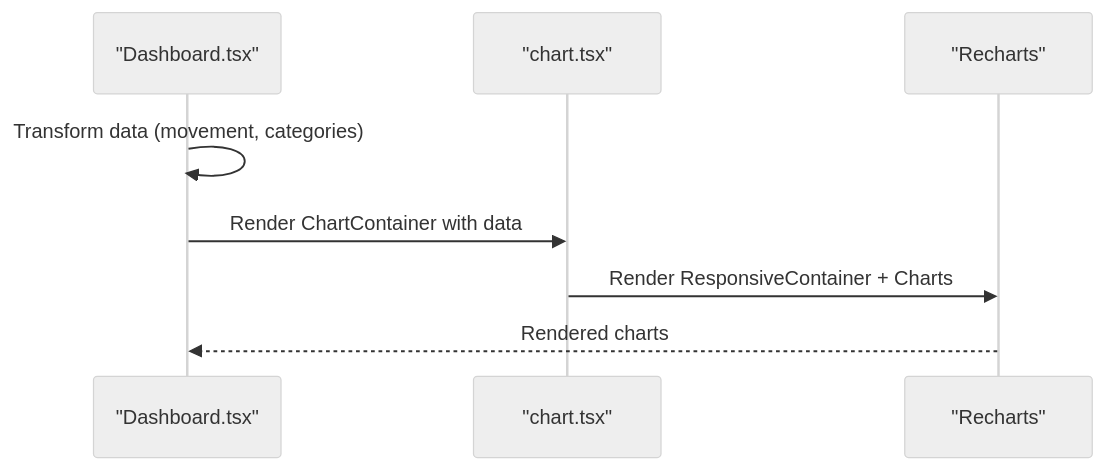
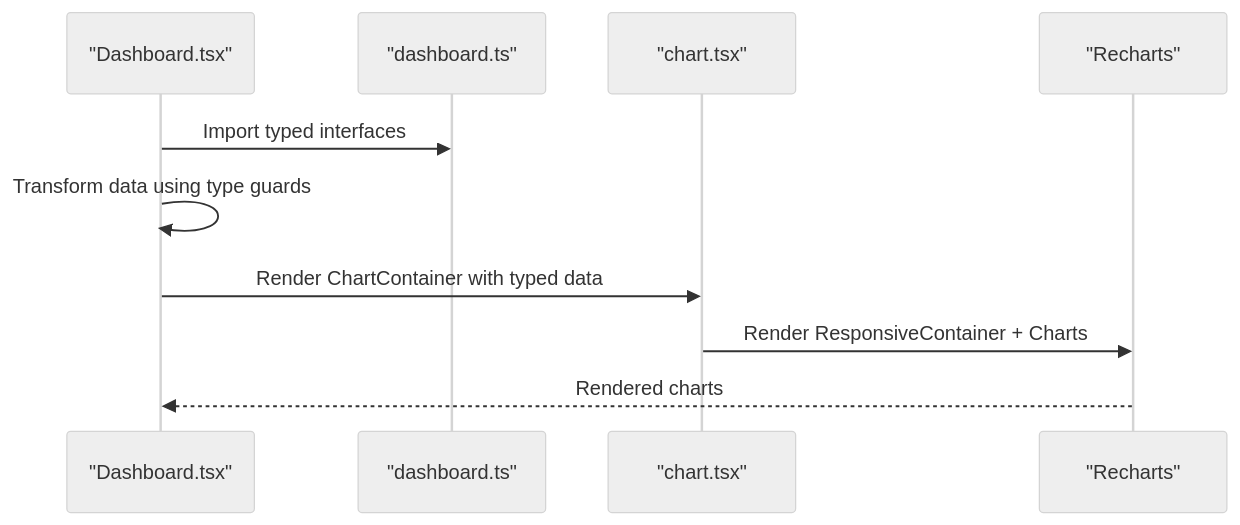
One commit to haidarqawama/PPA-klinik-amc changed the seventh of 8 diagrams in .qoder/repowiki/en/content/Frontend Architecture/Component System & Organization/Component System & Organization.md. Above: the diagram before and after it, drawn with Mermaid (neutral theme). The commit also changed other lines of this file and 58 other files, not shown here.

````diff
--- a/.qoder/repowiki/en/content/Frontend Architecture/Component System & Organization/Component System & Organization.md
+++ b/.qoder/repowiki/en/content/Frontend Architecture/Component System & Organization/Component System & Organization.md
@@ -462,10 +647,12 @@
 ```mermaid
 sequenceDiagram
 participant Dash as "Dashboard.tsx"
+participant Types as "dashboard.ts"
 participant Chart as "chart.tsx"
 participant Recharts as "Recharts"
-Dash->>Dash : Transform data (movement, categories)
-Dash->>Chart : Render ChartContainer with data
+Dash->>Types : Import typed interfaces
+Dash->>Dash : Transform data using type guards
+Dash->>Chart : Render ChartContainer with typed data
 Chart->>Recharts : Render ResponsiveContainer + Charts
 Recharts-->>Dash : Rendered charts
 ```
````
